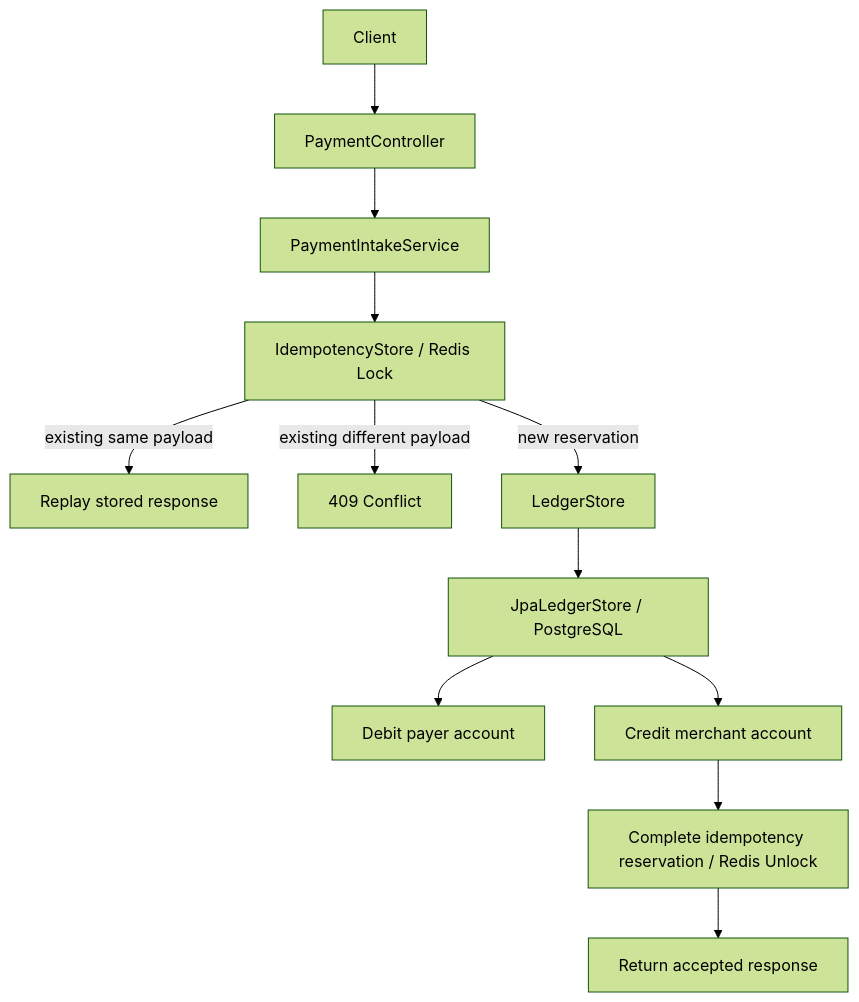
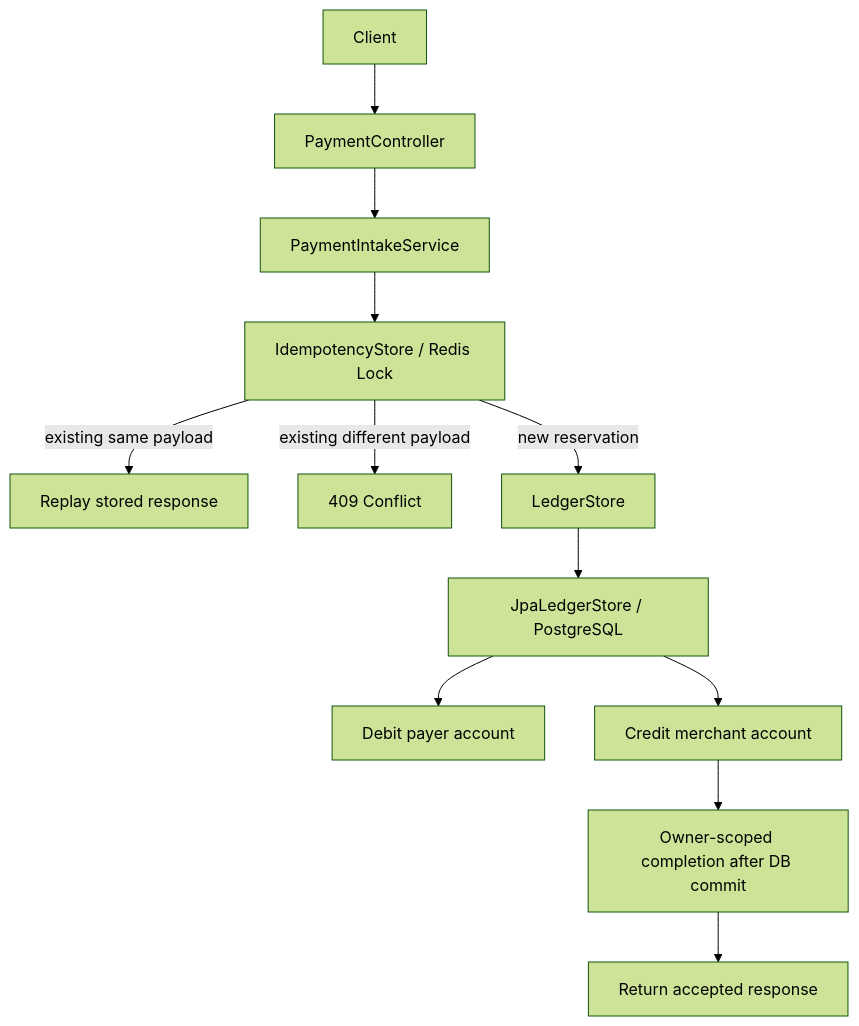
The diagram in system-design/idempotent-payment-ledger/docs/DESIGN_DOC.md (tuanhiep/infra), drawn with Mermaid (forest theme) before and after one commit. The commit also changed other lines of this file and 19 other files, not shown here.

````diff
--- a/system-design/idempotent-payment-ledger/docs/DESIGN_DOC.md
+++ b/system-design/idempotent-payment-ledger/docs/DESIGN_DOC.md
@@ -61,14 +58,14 @@
 ```mermaid
 flowchart TD
     client[Client] --> api[PaymentController]
     api --> service[PaymentIntakeService]
     service --> lock[IdempotencyStore / Redis Lock]
     lock -->|existing same payload| replay[Replay stored response]
     lock -->|existing different payload| conflict[409 Conflict]
     lock -->|new reservation| ledger[LedgerStore]
     ledger --> jpa[JpaLedgerStore / PostgreSQL]
     jpa --> debit[Debit payer account]
     jpa --> credit[Credit merchant account]
-    credit --> complete[Complete idempotency reservation / Redis Unlock]
+    credit --> complete[Owner-scoped completion after DB commit]
     complete --> response[Return accepted response]
 ```
````
